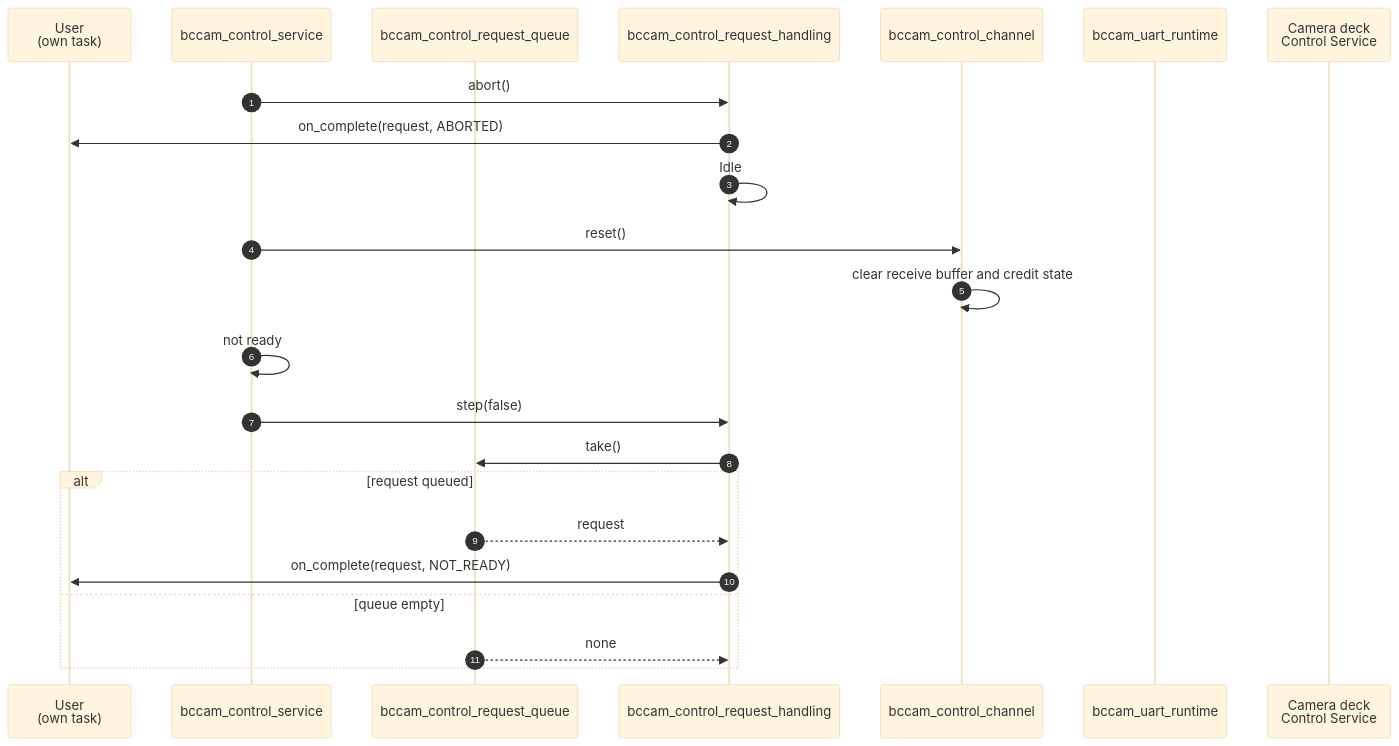
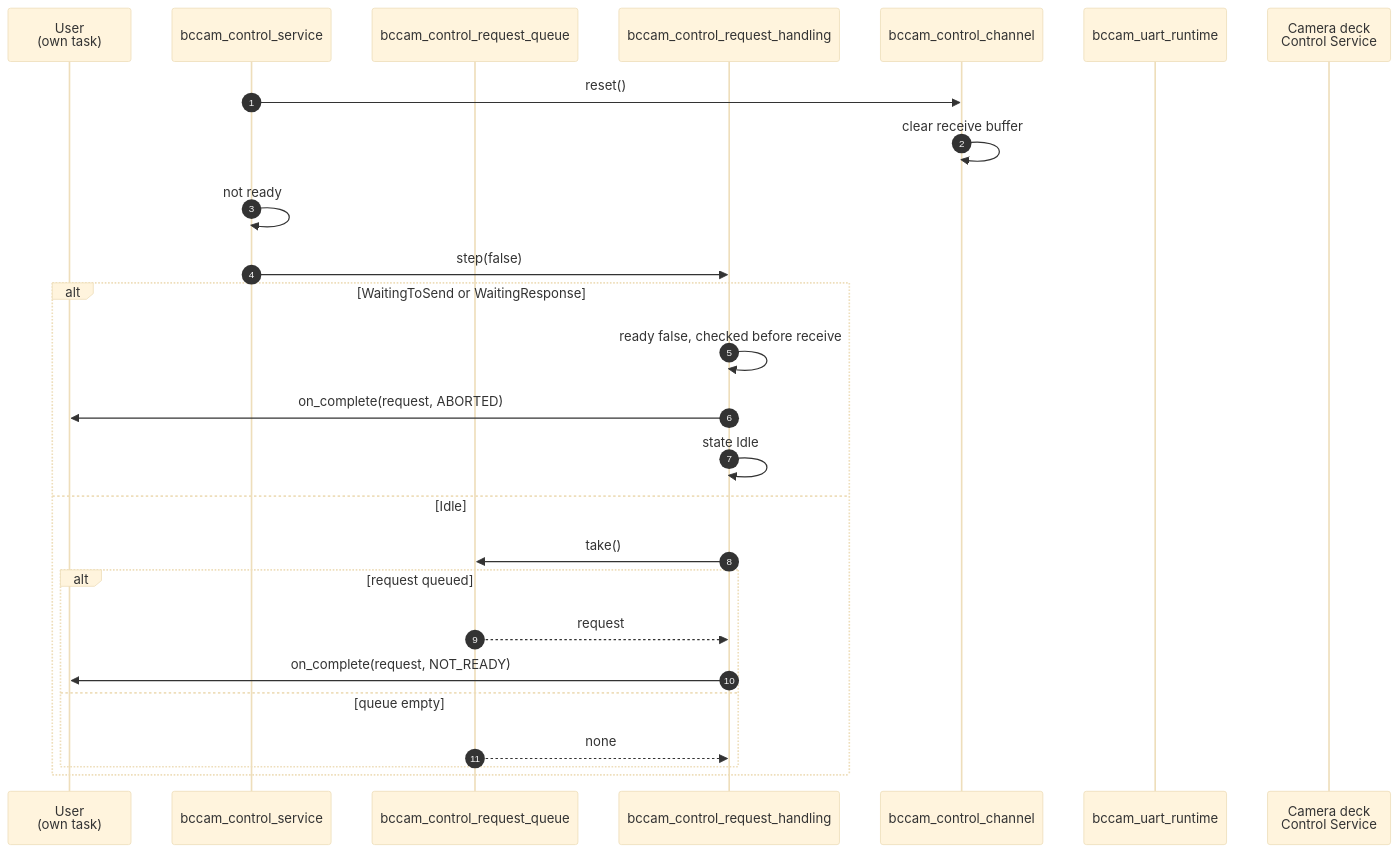
The fifth of 10 diagrams in docs/functional-areas/camera-deck-control.md (bitcraze/crazyflie-firmware), drawn with Mermaid (base theme) before and after one commit. The commit also changed other lines of this file, not shown here.

Commit message:
docs: Removed abort, since it is understood through the ready flag

````diff
--- a/docs/functional-areas/camera-deck-control.md
+++ b/docs/functional-areas/camera-deck-control.md
@@ -434,26 +436,29 @@
 ```mermaid
 sequenceDiagram
     autonumber
     participant U as User<br/>(own task)
     participant CS as bccam_control_service
     participant Q as bccam_control_request_queue
     participant H as bccam_control_request_handling
     participant Ch as bccam_control_channel
     participant R as bccam_uart_runtime
     participant D as Camera deck<br/>Control Service
 
-    CS->>H: abort()
-    H->>U: on_complete(request, ABORTED)
-    H->>H: Idle
     CS->>Ch: reset()
-    Ch->>Ch: clear receive buffer and credit state
+    Ch->>Ch: clear receive buffer
     CS->>CS: not ready
     CS->>H: step(false)
-    H->>Q: take()
-    alt request queued
-        Q-->>H: request
-        H->>U: on_complete(request, NOT_READY)
-    else queue empty
-        Q-->>H: none
+    alt WaitingToSend or WaitingResponse
+        H->>H: ready false, checked before receive
+        H->>U: on_complete(request, ABORTED)
+        H->>H: state Idle
+    else Idle
+        H->>Q: take()
+        alt request queued
+            Q-->>H: request
+            H->>U: on_complete(request, NOT_READY)
+        else queue empty
+            Q-->>H: none
+        end
     end
 ```
````
